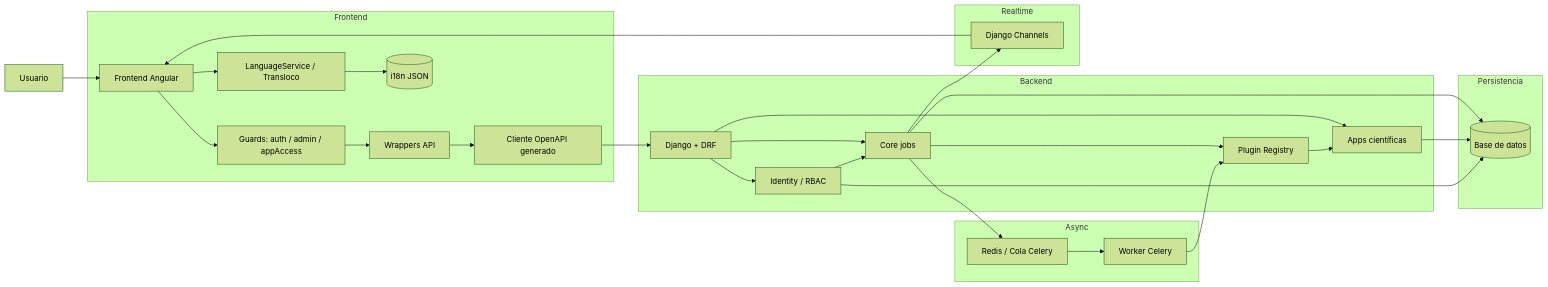
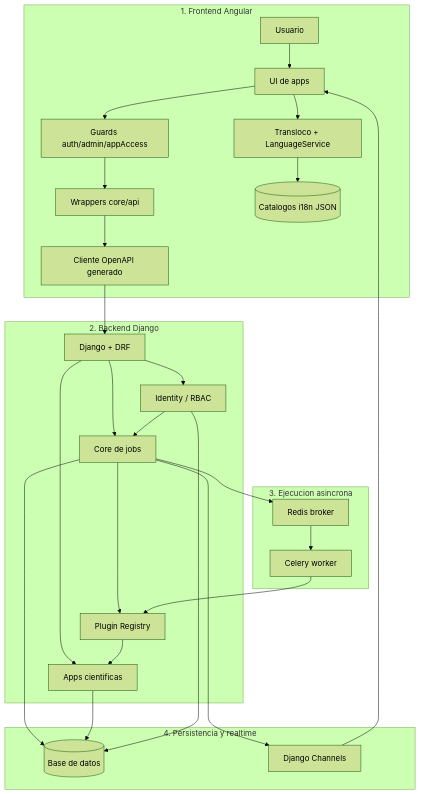
The first of 6 diagrams in README.md (chem-gl/chemistry-apps), drawn with Mermaid (forest theme) before and after one commit. The commit also changed other lines of this file and 34 other files, not shown here.

````diff
--- a/README.md
+++ b/README.md
@@ -113,40 +113,57 @@
 ```mermaid
-flowchart LR
-  U[Usuario] --> F[Frontend Angular]
+flowchart TB
+  U[Usuario]
 
-  subgraph Frontend
-    F --> AUTH[Guards: auth / admin / appAccess]
-    AUTH --> W[Wrappers API]
-    W --> GEN[Cliente OpenAPI generado]
-    F --> I18N[LanguageService / Transloco]
-    I18N --> LANG[(i18n JSON)]
+  subgraph L1[1. Frontend Angular]
+    F[UI de apps]
+    AUTH[Guards auth/admin/appAccess]
+    WRAP[Wrappers core/api]
+    GEN[Cliente OpenAPI generado]
+    I18N[Transloco + LanguageService]
+    LANG[(Catalogos i18n JSON)]
+
+    U --> F
+    F --> AUTH
+    AUTH --> WRAP
+    WRAP --> GEN
+    F --> I18N
+    I18N --> LANG
   end
 
-  GEN --> B
+  subgraph L2[2. Backend Django]
+    API[Django + DRF]
+    CORE[Core de jobs]
+    ID[Identity / RBAC]
+    APPS[Apps cientificas]
+    REG[Plugin Registry]
 
-  subgraph Backend
-    B[Django + DRF] --> CORE[Core jobs]
-    B --> IDENTITY[Identity / RBAC]
-    B --> APPS[Apps científicas]
-    CORE --> PLUGINS[Plugin Registry]
-    PLUGINS --> APPS
-    IDENTITY --> CORE
+    API --> CORE
+    API --> ID
+    API --> APPS
+    CORE --> REG
+    REG --> APPS
+    ID --> CORE
   end
 
-  subgraph Async
-    CORE --> Q[Redis / Cola Celery]
-    Q --> WK[Worker Celery]
-    WK --> PLUGINS
+  subgraph L3[3. Ejecucion asincrona]
+    REDIS[Redis broker]
+    CELERY[Celery worker]
+
+    CORE --> REDIS
+    REDIS --> CELERY
+    CELERY --> REG
   end
 
-  subgraph Persistencia
-    CORE --> DB[(Base de datos)]
+  subgraph L4[4. Persistencia y realtime]
+    DB[(Base de datos)]
+    CH[Django Channels]
+
+    CORE --> DB
     APPS --> DB
-    IDENTITY --> DB
+    ID --> DB
+    CORE --> CH
+    CH --> F
   end
 
-  subgraph Realtime
-    CORE --> WS[Django Channels]
-    WS --> F
-  end
+  GEN --> API
 ```
````
